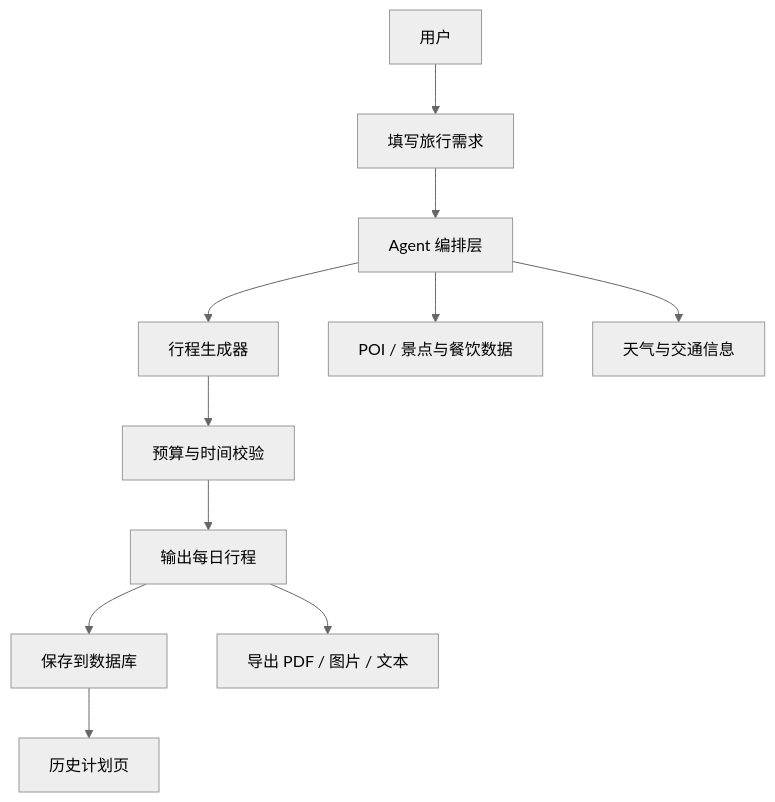
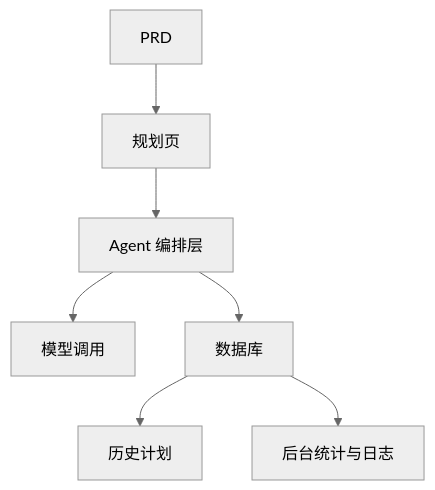
Before and after one commit to sketchymonk/easy-vibe: the diagram in docs/zh-cn/stage-2/assignments/travel-planning-agent-platform/index.md, drawn with Mermaid (neutral theme). The commit also changed other lines of this file and 18 other files, not shown here.

````diff
--- a/docs/zh-cn/stage-2/assignments/travel-planning-agent-platform/index.md
+++ b/docs/zh-cn/stage-2/assignments/travel-planning-agent-platform/index.md
@@ -35,13 +68,9 @@
 ```mermaid
 flowchart TD
-  user["用户"] --> form["填写旅行需求"]
-  form --> orchestrator["Agent 编排层"]
-  orchestrator --> planner["行程生成器"]
-  orchestrator --> poi["POI / 景点与餐饮数据"]
-  orchestrator --> weather["天气与交通信息"]
-  planner --> validator["预算与时间校验"]
-  validator --> result["输出每日行程"]
-  result --> db["保存到数据库"]
-  db --> history["历史计划页"]
-  result --> export["导出 PDF / 图片 / 文本"]
+  prd["PRD"] --> planner["规划页"]
+  planner --> agent["Agent 编排层"]
+  agent --> model["模型调用"]
+  agent --> db["数据库"]
+  db --> history["历史计划"]
+  db --> admin["后台统计与日志"]
 ```
````
